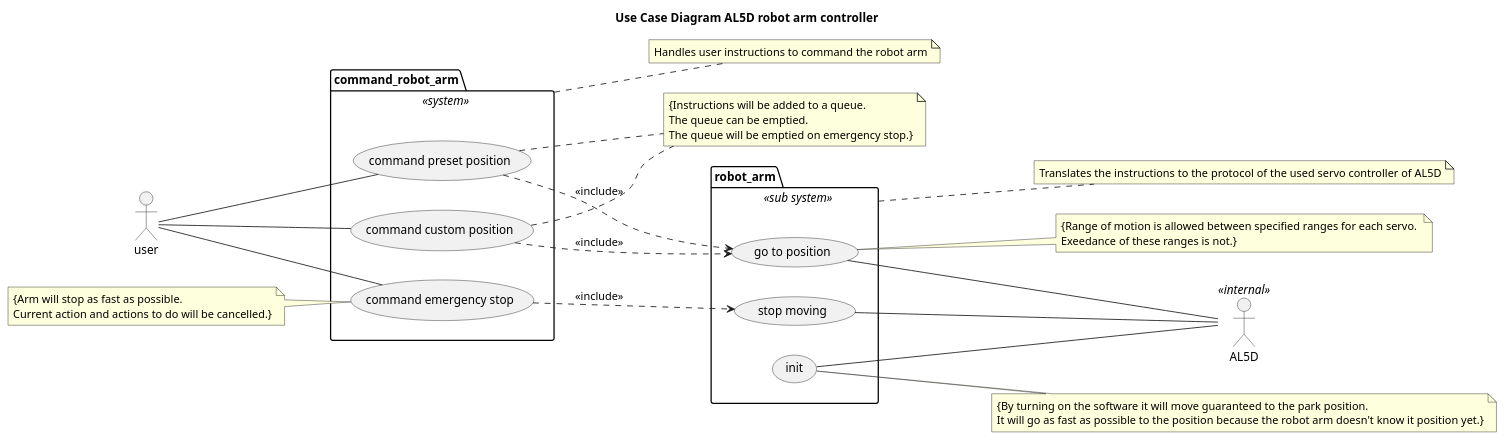
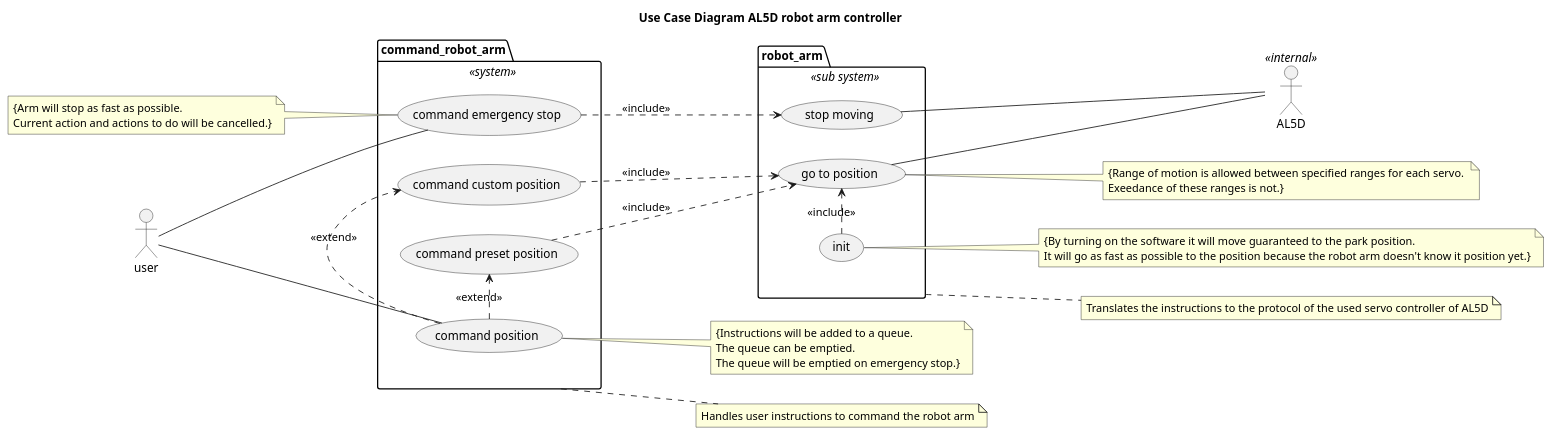
The diagram in diagrams/ucd.plantuml (muisje/robot_arm_aansturing), drawn with PlantUML before and after one commit.

Commit message:
improved structure ucd

```diff
--- a/diagrams/ucd.plantuml
+++ b/diagrams/ucd.plantuml
@@ -1,43 +1,44 @@
 @startuml Use Case Diagram AL5D robot arm controller
 title Use Case Diagram AL5D robot arm controller
 
 left to right direction
 actor user
 actor AL5D <<internal>>
 
 note "{Range of motion is allowed between specified ranges for each servo. \nExeedance of these ranges is not.}" AS note_QoS_SAFETY_range_of_motion
 note "{Arm will stop as fast as possible. \nCurrent action and actions to do will be cancelled.}" AS note_QoS_SAFETY_emergency_stop
 note "{By turning on the software it will move guaranteed to the park position. \nIt will go as fast as possible to the position because the robot arm doesn't know it position yet.}" AS note_QoS_SAFETY_init
 
 note "Handles user instructions to command the robot arm" AS note_command_robot_arm
 note "Translates the instructions to the protocol of the used servo controller of AL5D" AS note_robot_arm
 note "{Instructions will be added to a queue. \nThe queue can be emptied. \nThe queue will be emptied on emergency stop.}" AS note_QoS_EXTRA_queue
 
 package command_robot_arm <<system>> {
-    user -- (command custom position)
-    user -- (command preset position)
-    user -- (command emergency stop)
+    user -- (command position)
+    user - (command emergency stop)
+    
+    (command position) .> (command custom position) : <<extend>>
+    (command position) .> (command preset position) : <<extend>>
 
-    (command emergency stop) -up- note_QoS_SAFETY_emergency_stop
-
-    (command custom position) .- note_QoS_EXTRA_queue
-    (command preset position) .- note_QoS_EXTRA_queue
+    (command emergency stop) .up- note_QoS_SAFETY_emergency_stop
+    (command position) .- note_QoS_EXTRA_queue
 }
 
 
 package robot_arm <<sub system>> {
     (command custom position) ..> (go to position) : <<include>>
     (command preset position) ..> (go to position) : <<include>>
     (command emergency stop) ..> (stop moving) : <<include>>
     (go to position) -- AL5D
-    (stop moving) -- AL5D
-    (init) -- AL5D
+    (stop moving) - AL5D
 
-    (init) -- note_QoS_SAFETY_init
-    (go to position) -- note_QoS_SAFETY_range_of_motion
+    (init) .> (go to position) : <<include>>
+
+    (init) .- note_QoS_SAFETY_init
+    (go to position) .- note_QoS_SAFETY_range_of_motion
 }
 
 command_robot_arm .- note_command_robot_arm
 robot_arm .- note_robot_arm
 
 @enduml
```
